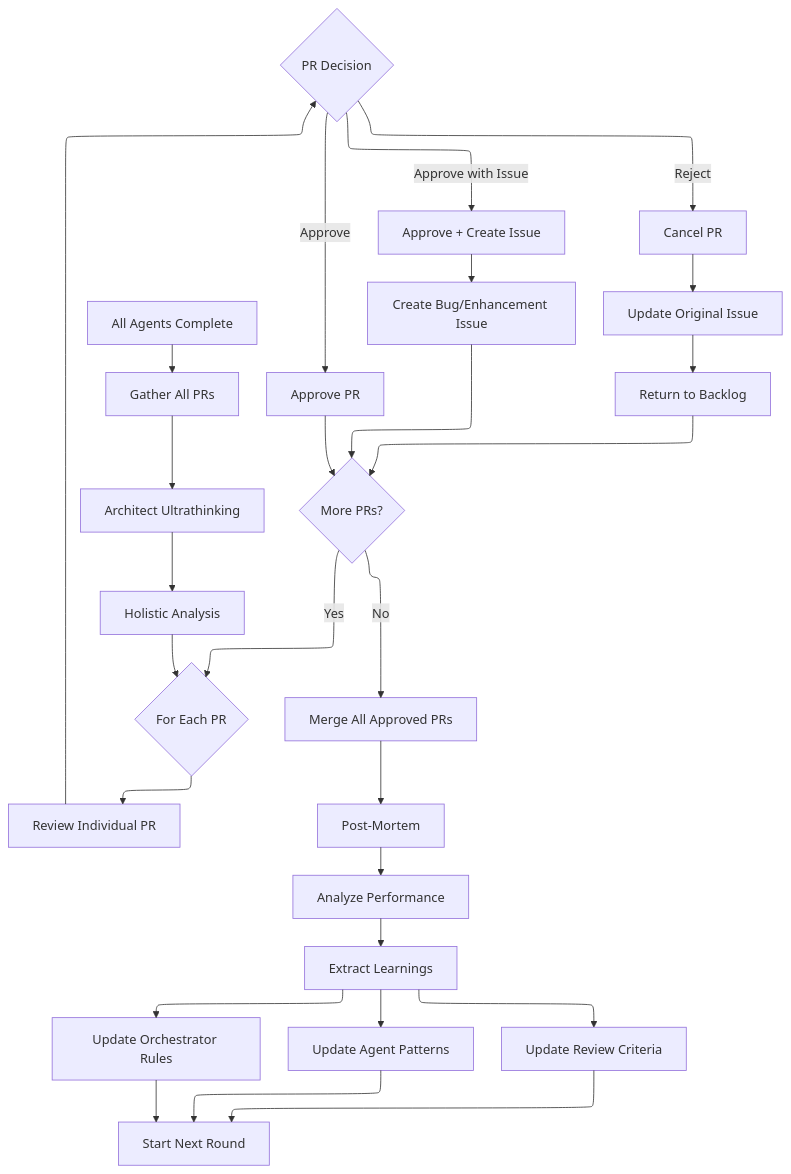
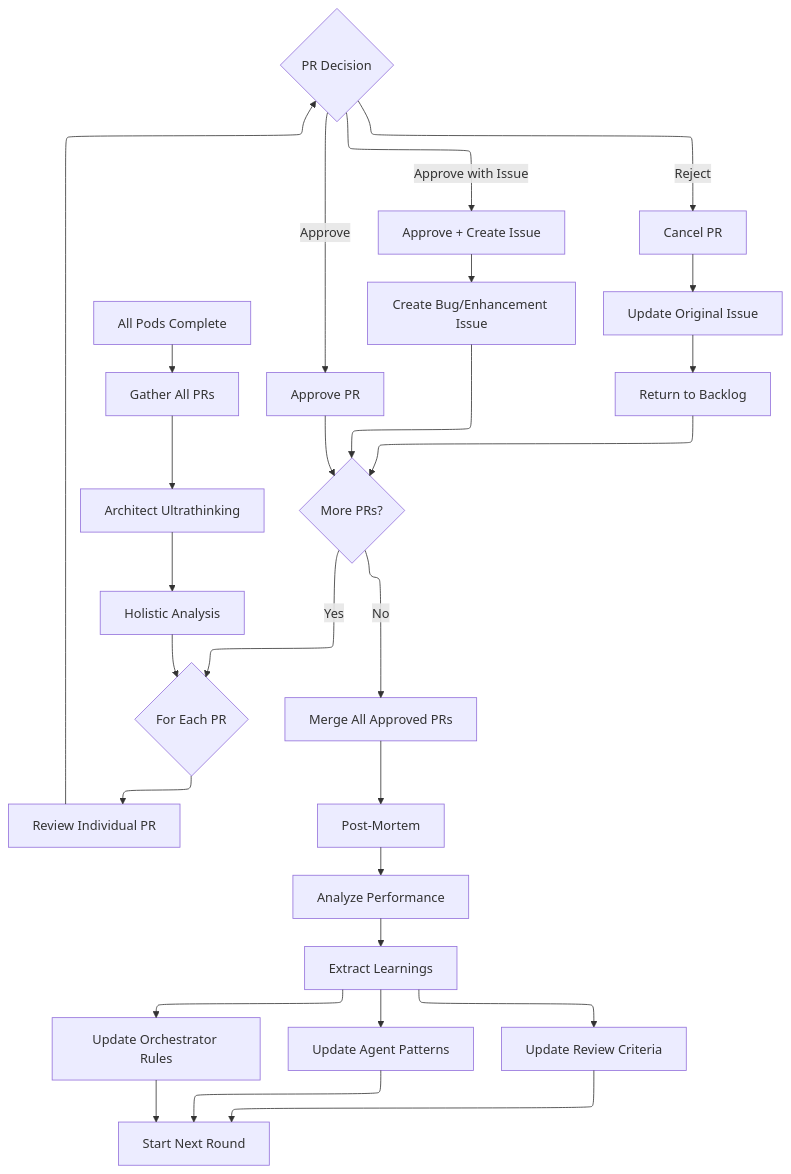
Before and after one commit to AeyeOps/prompt-packs: the seventh of 9 diagrams in mawep/framework/mawep-diagrams.md, drawn with Mermaid. The commit also changed other lines of this file and 9 other files, not shown here.

````diff
--- a/mawep/framework/mawep-diagrams.md
+++ b/mawep/framework/mawep-diagrams.md
@@ -132,39 +132,39 @@
 ```mermaid
 %%{init: {"flowchart": {"defaultRenderer": "elk"}} }%%
 flowchart TD
-    AllComplete[All Agents Complete] --> GatherPRs[Gather All PRs]
+    AllComplete[All Pods Complete] --> GatherPRs[Gather All PRs]
     GatherPRs --> ArchThink[Architect Ultrathinking]
     ArchThink --> Holistic[Holistic Analysis]
     
     Holistic --> ForEachPR{For Each PR}
     
     ForEachPR --> ReviewPR[Review Individual PR]
     ReviewPR --> Decision{PR Decision}
     
     Decision -->|Approve| ApprovePR[Approve PR]
     Decision -->|Approve with Issue| ApproveDefer[Approve + Create Issue]
     Decision -->|Reject| RejectPR[Cancel PR]
     
     ApprovePR --> NextPR{More PRs?}
     
     ApproveDefer --> CreateBug[Create Bug/Enhancement Issue]
     CreateBug --> NextPR
     
     RejectPR --> UpdateTicket[Update Original Issue]
     UpdateTicket --> BackToBacklog[Return to Backlog]
     BackToBacklog --> NextPR
     
     NextPR -->|Yes| ForEachPR
     NextPR -->|No| MergeApproved[Merge All Approved PRs]
     
     MergeApproved --> PostMortem[Post-Mortem]
     
     PostMortem --> Analyze[Analyze Performance]
     Analyze --> Learn[Extract Learnings]
     
     Learn --> UpdateOrch[Update Orchestrator Rules]
     Learn --> UpdateAgent[Update Agent Patterns]
     Learn --> UpdateReview[Update Review Criteria]
     
     UpdateOrch & UpdateAgent & UpdateReview --> NextRound[Start Next Round]
 ```
````
